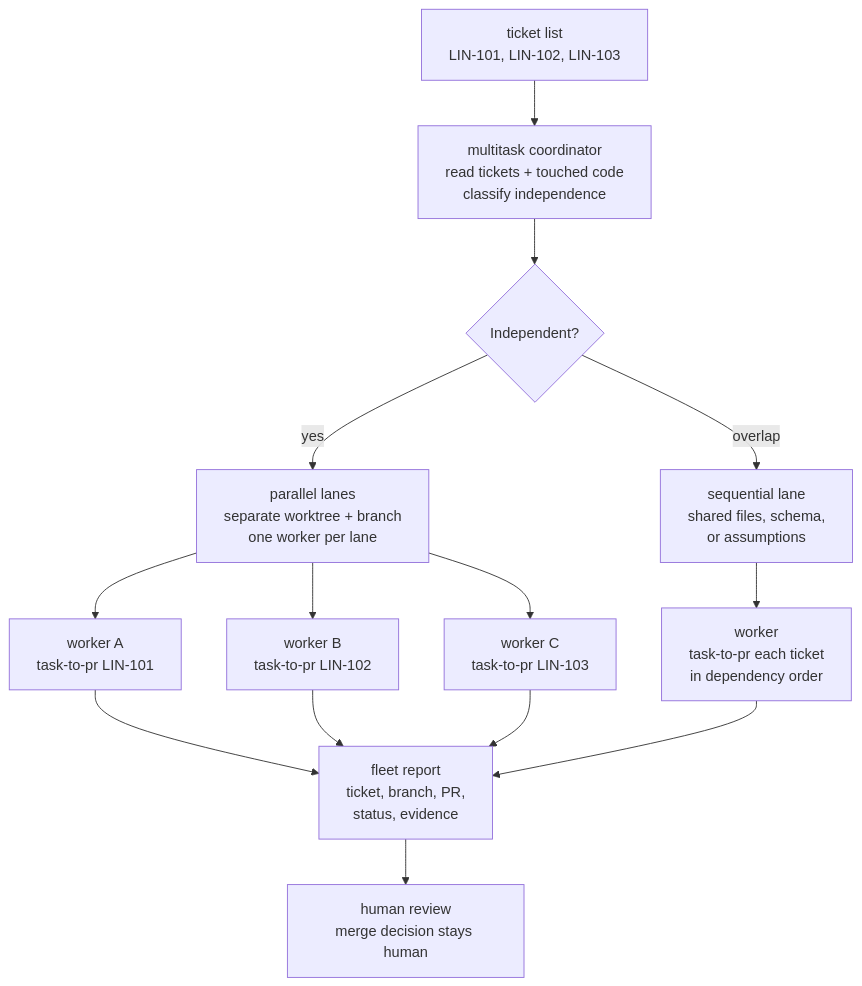
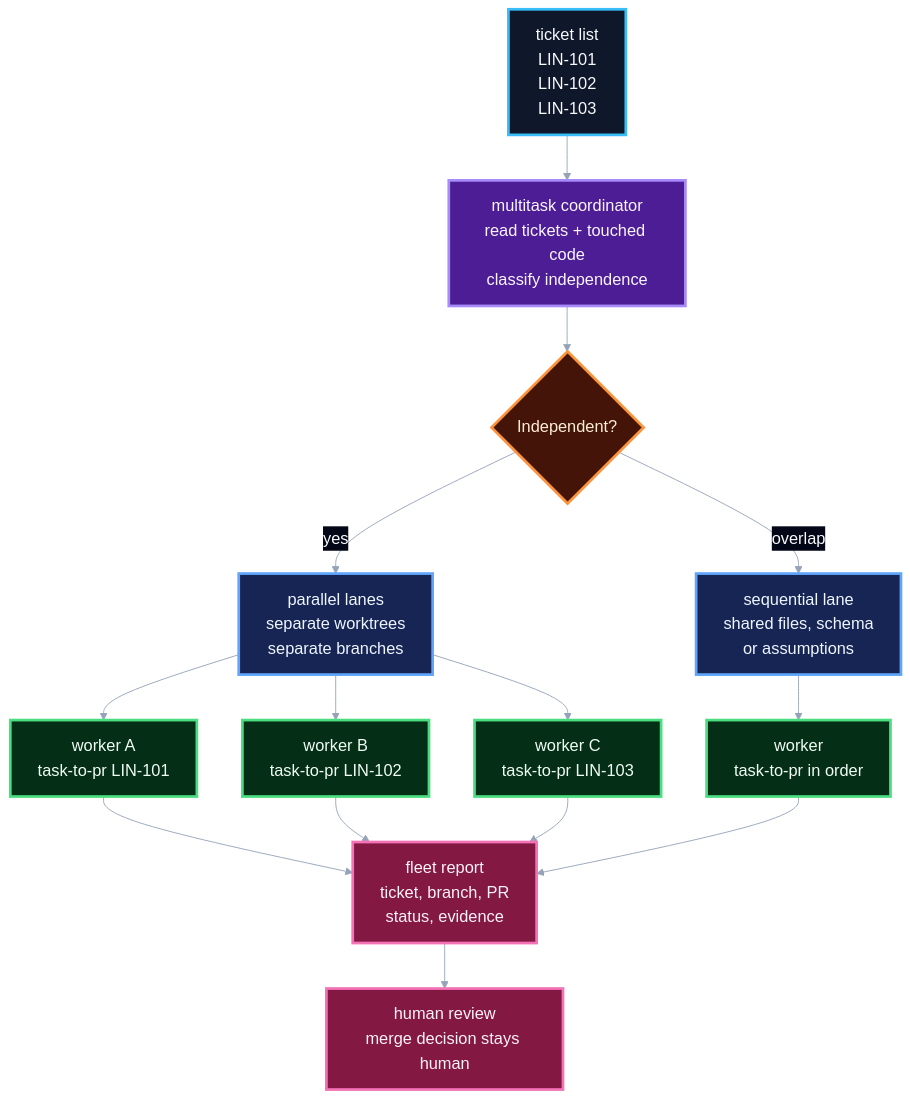
One commit to owainlewis/blueprint changed the second of 2 diagrams in README.md. Above: the diagram before and after it, drawn with Mermaid. The commit also changed other lines of this file, not shown here.

Commit message:
docs: improve diagram readability

````diff
--- a/README.md
+++ b/README.md
@@ -92,19 +102,44 @@
 ```mermaid
+%%{init: {"theme": "base", "themeVariables": {"fontFamily": "Inter, ui-sans-serif, system-ui", "fontSize": "18px", "primaryTextColor": "#f8fafc", "tertiaryTextColor": "#f8fafc", "lineColor": "#94a3b8", "edgeLabelBackground": "#020617"}}}%%
 flowchart TD
-    Tickets["ticket list<br/>LIN-101, LIN-102, LIN-103"] --> Coordinator["multitask coordinator<br/>read tickets + touched code<br/>classify independence"]
-    Coordinator --> Decision{Independent?}
-    Decision -->|yes| Parallel["parallel lanes<br/>separate worktree + branch<br/>one worker per lane"]
-    Decision -->|overlap| Sequential["sequential lane<br/>shared files, schema,<br/>or assumptions"]
+    Tickets["ticket list<br/>LIN-101<br/>LIN-102<br/>LIN-103"]
+    Coordinator["multitask coordinator<br/>read tickets + touched code<br/>classify independence"]
+    Decision{Independent?}
+    Parallel["parallel lanes<br/>separate worktrees<br/>separate branches"]
+    Sequential["sequential lane<br/>shared files, schema<br/>or assumptions"]
 
-    Parallel --> WorkerA["worker A<br/>task-to-pr LIN-101"]
-    Parallel --> WorkerB["worker B<br/>task-to-pr LIN-102"]
-    Parallel --> WorkerC["worker C<br/>task-to-pr LIN-103"]
-    Sequential --> WorkerD["worker<br/>task-to-pr each ticket<br/>in dependency order"]
+    WorkerA["worker A<br/>task-to-pr LIN-101"]
+    WorkerB["worker B<br/>task-to-pr LIN-102"]
+    WorkerC["worker C<br/>task-to-pr LIN-103"]
+    WorkerD["worker<br/>task-to-pr in order"]
 
-    WorkerA --> Fleet["fleet report<br/>ticket, branch, PR,<br/>status, evidence"]
+    Fleet["fleet report<br/>ticket, branch, PR<br/>status, evidence"]
+    Human["human review<br/>merge decision stays human"]
+
+    Tickets --> Coordinator --> Decision
+    Decision -->|yes| Parallel
+    Decision -->|overlap| Sequential
+    Parallel --> WorkerA
+    Parallel --> WorkerB
+    Parallel --> WorkerC
+    Sequential --> WorkerD
+    WorkerA --> Fleet
     WorkerB --> Fleet
     WorkerC --> Fleet
     WorkerD --> Fleet
+    Fleet --> Human
 
-    Fleet --> Human["human review<br/>merge decision stays human"]
+    classDef input fill:#0f172a,stroke:#38bdf8,stroke-width:3px,color:#f8fafc,font-size:18px;
+    classDef coordinator fill:#4c1d95,stroke:#a78bfa,stroke-width:3px,color:#faf5ff,font-size:18px;
+    classDef decision fill:#431407,stroke:#fb923c,stroke-width:3px,color:#ffedd5,font-size:18px;
+    classDef lane fill:#172554,stroke:#60a5fa,stroke-width:3px,color:#eff6ff,font-size:18px;
+    classDef worker fill:#052e16,stroke:#4ade80,stroke-width:3px,color:#f0fdf4,font-size:18px;
+    classDef report fill:#831843,stroke:#f472b6,stroke-width:3px,color:#fdf2f8,font-size:18px;
+
+    class Tickets input;
+    class Coordinator coordinator;
+    class Decision decision;
+    class Parallel,Sequential lane;
+    class WorkerA,WorkerB,WorkerC,WorkerD worker;
+    class Fleet,Human report;
 ```
````
